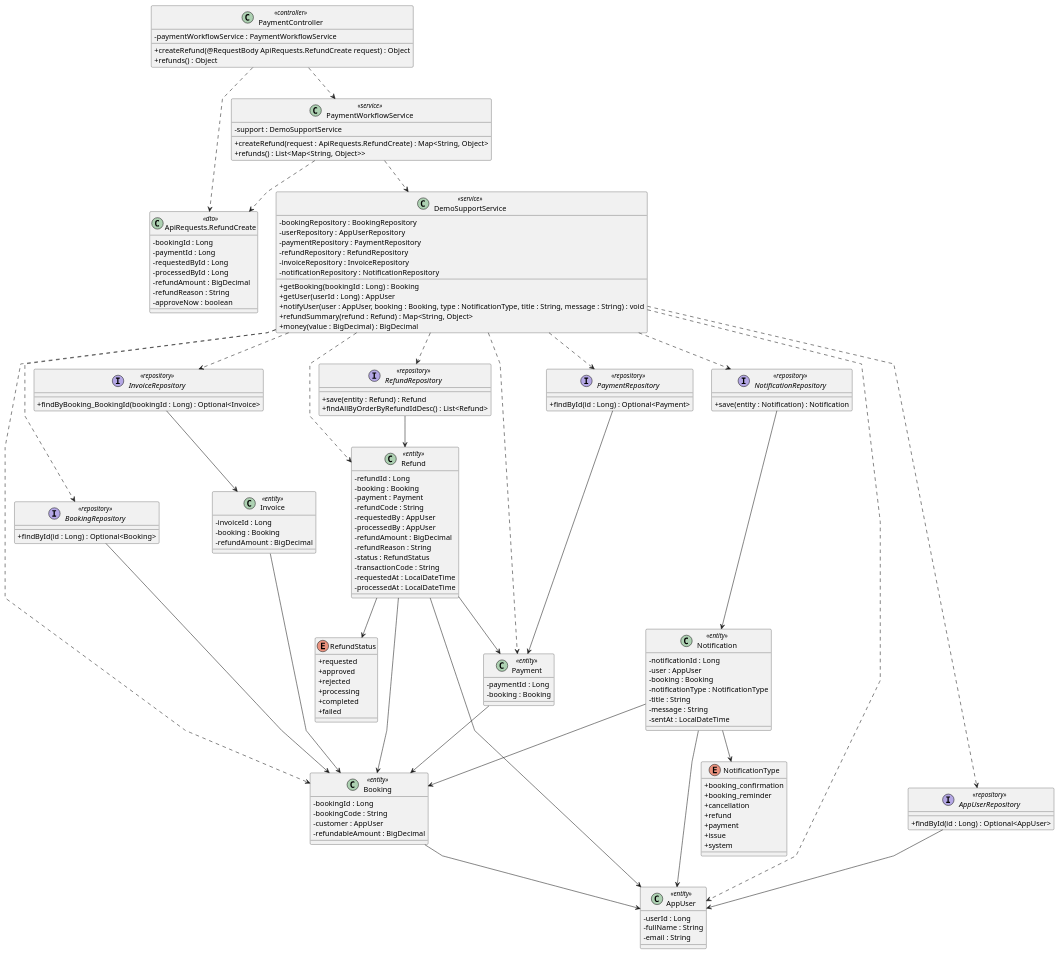
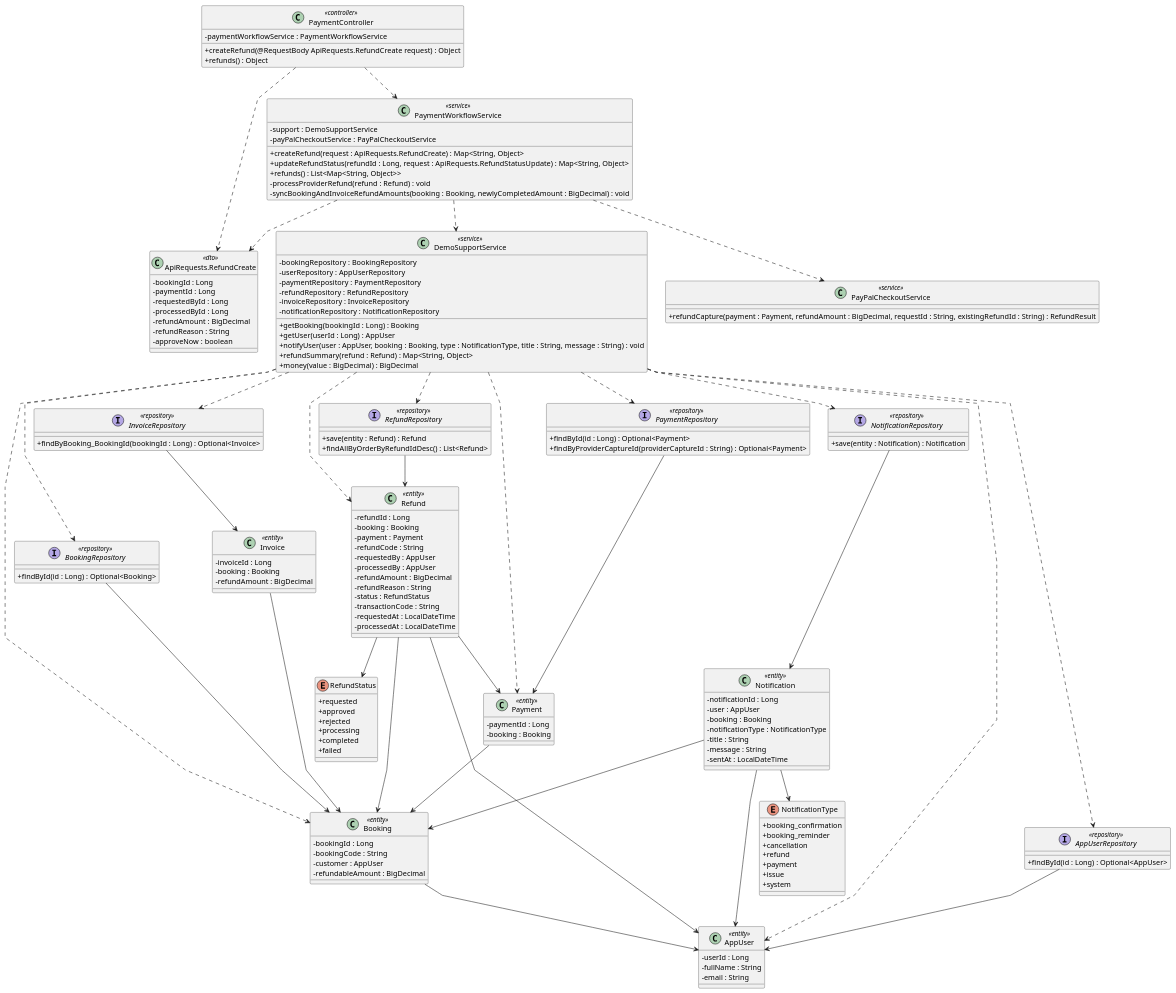
One commit to maxwell1904/SWP391_G3 changed the diagram in docs/Class Diagram/process-online-refund.puml. Above: the diagram before and after it, drawn with PlantUML. The commit also changed 40 other files, not shown here.

Commit message:
align code-first docs and complete suggestion flow

```diff
--- a/docs/Class Diagram/process-online-refund.puml
+++ b/docs/Class Diagram/process-online-refund.puml
@@ -1,170 +1,180 @@
 @startuml
 
 skinparam classAttributeIconSize 0
 skinparam linetype polyline
 
 class PaymentController <<controller>> {
     -paymentWorkflowService : PaymentWorkflowService
 
     +createRefund(@RequestBody ApiRequests.RefundCreate request) : Object
     +refunds() : Object
 }
 
 class "ApiRequests.RefundCreate" as RefundCreateDTO <<dto>> {
     -bookingId : Long
     -paymentId : Long
     -requestedById : Long
     -processedById : Long
     -refundAmount : BigDecimal
     -refundReason : String
     -approveNow : boolean
 }
 
 class PaymentWorkflowService <<service>> {
     -support : DemoSupportService
+    -payPalCheckoutService : PayPalCheckoutService
 
     +createRefund(request : ApiRequests.RefundCreate) : Map<String, Object>
+    +updateRefundStatus(refundId : Long, request : ApiRequests.RefundStatusUpdate) : Map<String, Object>
     +refunds() : List<Map<String, Object>>
+    -processProviderRefund(refund : Refund) : void
+    -syncBookingAndInvoiceRefundAmounts(booking : Booking, newlyCompletedAmount : BigDecimal) : void
+}
+
+class PayPalCheckoutService <<service>> {
+    +refundCapture(payment : Payment, refundAmount : BigDecimal, requestId : String, existingRefundId : String) : RefundResult
 }
 
 class DemoSupportService <<service>> {
     -bookingRepository : BookingRepository
     -userRepository : AppUserRepository
     -paymentRepository : PaymentRepository
     -refundRepository : RefundRepository
     -invoiceRepository : InvoiceRepository
     -notificationRepository : NotificationRepository
 
     +getBooking(bookingId : Long) : Booking
     +getUser(userId : Long) : AppUser
     +notifyUser(user : AppUser, booking : Booking, type : NotificationType, title : String, message : String) : void
     +refundSummary(refund : Refund) : Map<String, Object>
     +money(value : BigDecimal) : BigDecimal
 }
 
 interface BookingRepository <<repository>> {
     +findById(id : Long) : Optional<Booking>
 }
 
 interface AppUserRepository <<repository>> {
     +findById(id : Long) : Optional<AppUser>
 }
 
 interface PaymentRepository <<repository>> {
     +findById(id : Long) : Optional<Payment>
+    +findByProviderCaptureId(providerCaptureId : String) : Optional<Payment>
 }
 
 interface RefundRepository <<repository>> {
     +save(entity : Refund) : Refund
     +findAllByOrderByRefundIdDesc() : List<Refund>
 }
 
 interface InvoiceRepository <<repository>> {
     +findByBooking_BookingId(bookingId : Long) : Optional<Invoice>
 }
 
 interface NotificationRepository <<repository>> {
     +save(entity : Notification) : Notification
 }
 
 class Refund <<entity>> {
     -refundId : Long
     -booking : Booking
     -payment : Payment
     -refundCode : String
     -requestedBy : AppUser
     -processedBy : AppUser
     -refundAmount : BigDecimal
     -refundReason : String
     -status : RefundStatus
     -transactionCode : String
     -requestedAt : LocalDateTime
     -processedAt : LocalDateTime
 }
 
 class Invoice <<entity>> {
     -invoiceId : Long
     -booking : Booking
     -refundAmount : BigDecimal
 }
 
 class Notification <<entity>> {
     -notificationId : Long
     -user : AppUser
     -booking : Booking
     -notificationType : NotificationType
     -title : String
     -message : String
     -sentAt : LocalDateTime
 }
 
 class Booking <<entity>> {
     -bookingId : Long
     -bookingCode : String
     -customer : AppUser
     -refundableAmount : BigDecimal
 }
 
 class Payment <<entity>> {
     -paymentId : Long
     -booking : Booking
 }
 
 class AppUser <<entity>> {
     -userId : Long
     -fullName : String
     -email : String
 }
 
 enum RefundStatus {
     + requested
     + approved
     + rejected
     + processing
     + completed
     + failed
 }
 
 enum NotificationType {
     + booking_confirmation
     + booking_reminder
     + cancellation
     + refund
     + payment
     + issue
     + system
 }
 
 ' Relationships
 PaymentController ..> PaymentWorkflowService
 PaymentController ..> RefundCreateDTO
 PaymentWorkflowService ..> DemoSupportService
+PaymentWorkflowService ..> PayPalCheckoutService
 PaymentWorkflowService ..> RefundCreateDTO
 DemoSupportService ..> BookingRepository
 DemoSupportService ..> AppUserRepository
 DemoSupportService ..> PaymentRepository
 DemoSupportService ..> RefundRepository
 DemoSupportService ..> InvoiceRepository
 DemoSupportService ..> NotificationRepository
 DemoSupportService ..> Booking
 DemoSupportService ..> AppUser
 DemoSupportService ..> Payment
 DemoSupportService ..> Refund
 BookingRepository --> Booking
 AppUserRepository --> AppUser
 PaymentRepository --> Payment
 RefundRepository --> Refund
 InvoiceRepository --> Invoice
 NotificationRepository --> Notification
 Refund --> Booking
 Refund --> Payment
 Refund --> AppUser
 Notification --> Booking
 Notification --> AppUser
 Invoice --> Booking
 Payment --> Booking
 Booking --> AppUser
 Refund --> RefundStatus
 Notification --> NotificationType
 
 @enduml
```
